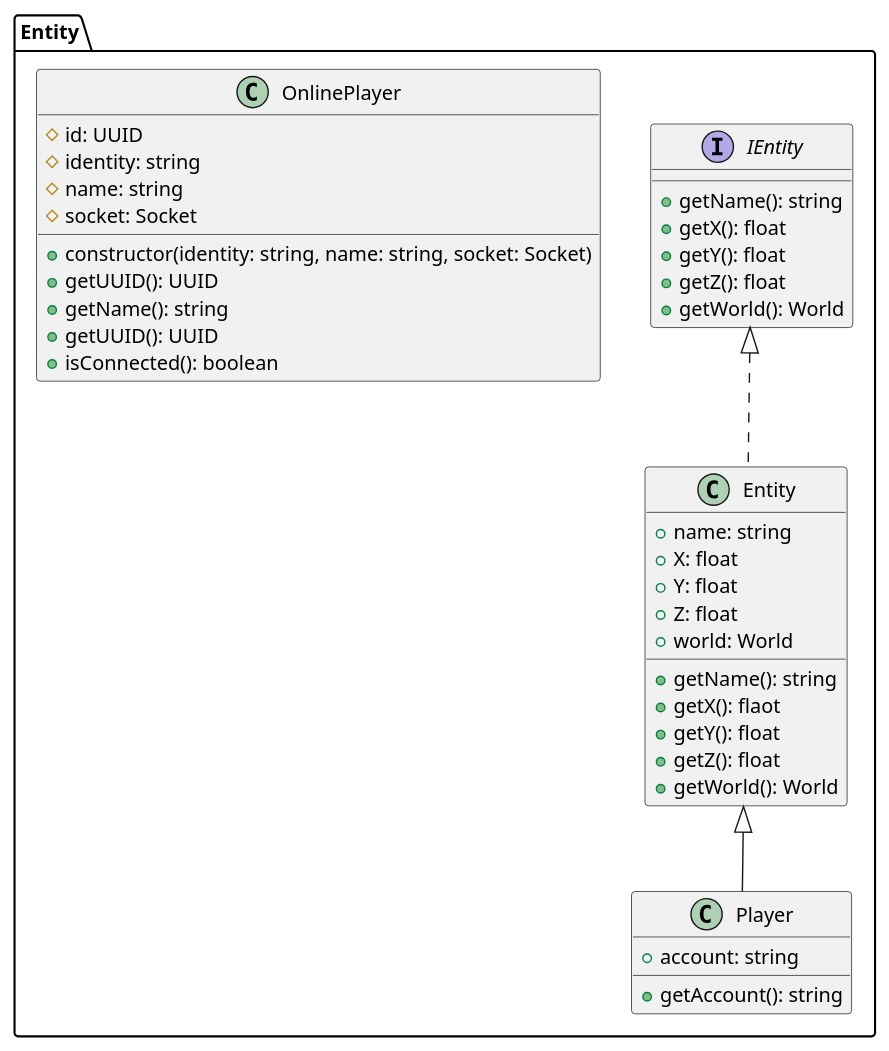
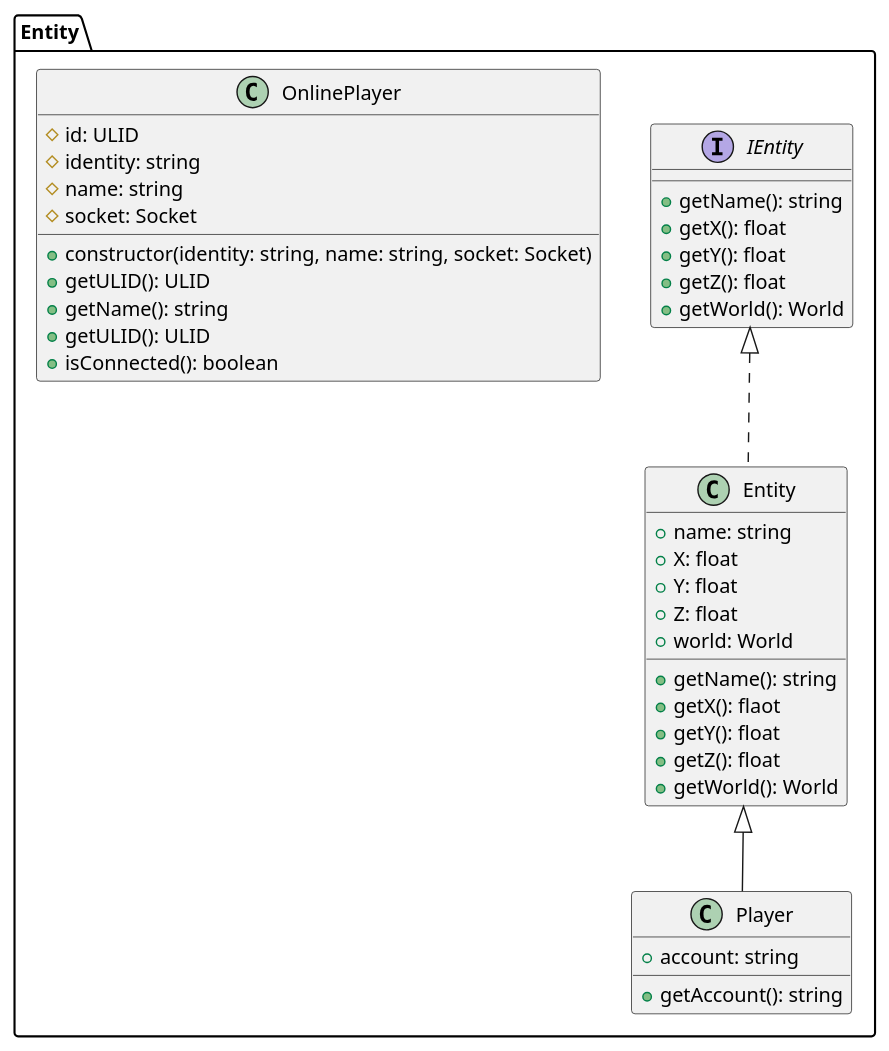
Before and after one commit to SibylForge/SibylForge: the diagram in doc/uml/class-diagram/CD-Entity.puml, drawn with PlantUML. The commit also changed 22 other files, not shown here.

```diff
--- a/doc/uml/class-diagram/CD-Entity.puml
+++ b/doc/uml/class-diagram/CD-Entity.puml
@@ -1,43 +1,43 @@
 @startuml Player
 
 namespace Entity {
     interface IEntity {
         +getName(): string
         +getX(): float
         +getY(): float
         +getZ(): float
         +getWorld(): World
     }
 
     class Entity implements IEntity {
         +name: string
         +X: float
         +Y: float
         +Z: float
         +world: World
         +getName(): string
         +getX(): flaot
         +getY(): float
         +getZ(): float
         +getWorld(): World
     }
 
     class Player extends Entity {
         +account: string
         +getAccount(): string
     }
 
 		class OnlinePlayer {
-			#id: UUID
+			#id: ULID
 			#identity: string
 			#name: string
 			#socket: Socket
 			+constructor(identity: string, name: string, socket: Socket)
-			+getUUID(): UUID
+			+getULID(): ULID
 			+getName(): string
-			+getUUID(): UUID
+			+getULID(): ULID
 			+isConnected(): boolean
 		}
 }
 
 @enduml
```
